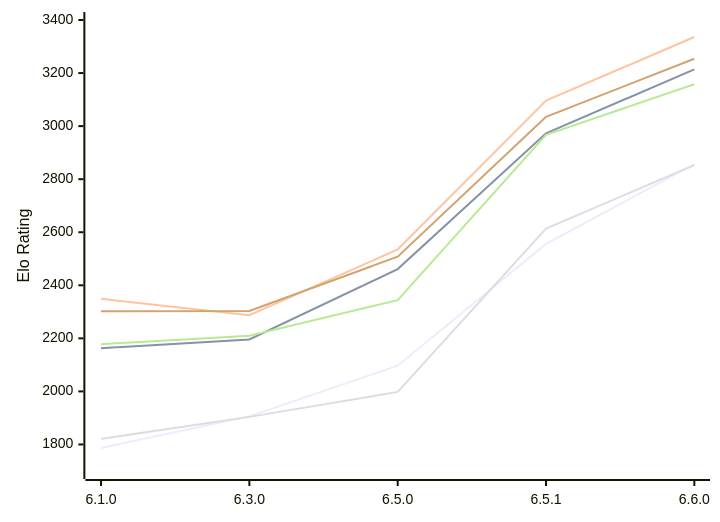
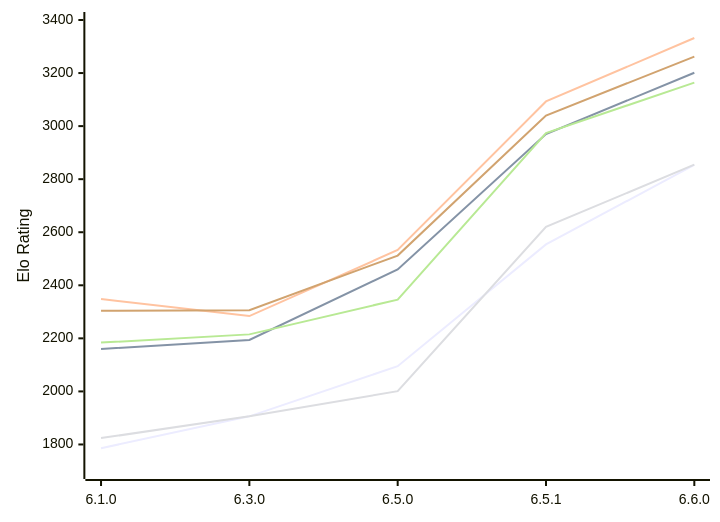
One commit to computer-chess-index/cci changed the diagram in engines/Luminex.md. Above: the diagram before and after it, drawn with Mermaid. The commit also changed other lines of this file, not shown here.

Commit message:
Update CCI Ratings (ELO VLTC) - 2026-11-23

````diff
--- a/engines/Luminex.md
+++ b/engines/Luminex.md
@@ -55,12 +55,12 @@
 ```mermaid
 %%{init: {"theme":"base","themeVariables":{"seriesColors:['#a3a3a3','#222221','#faa371']}}}%%
 xychart-beta
   x-axis ["6.1.0", "6.3.0", "6.5.0", "6.5.1", "6.6.0"]
   y-axis "Elo Rating" 1700 --> 3400
-  line "E1: STC (8.0+0.08s)" [1787, 1906, 2097, 2556, 2857]
-  line "E1: LTC (60.0+0.60s)" [2163, 2196, 2461, 2973, 3214]
-  line "E1: VLTC (2m24s+1.12s)" [2349, 2287, 2535, 3096, 3336]
-  line "P1: STC (8.0+0.08s)" [1821, 1904, 1998, 2614, 2853]
-  line "P1: LTC (60.0+0.60s)" [2178, 2210, 2344, 2967, 3158]
-  line "P1: VLTC (2m24s+1.12s)" [2302, 2303, 2508, 3035, 3254]
+  line "E1: STC (8.0+0.08s)" [1786, 1906, 2095, 2554, 2854]
+  line "E1: LTC (60.0+0.60s)" [2160, 2194, 2460, 2970, 3201]
+  line "E1: VLTC (2m24s+1.12s)" [2348, 2284, 2533, 3093, 3332]
+  line "P1: STC (8.0+0.08s)" [1824, 1906, 2001, 2620, 2855]
+  line "P1: LTC (60.0+0.60s)" [2184, 2215, 2346, 2974, 3164]
+  line "P1: VLTC (2m24s+1.12s)" [2304, 2306, 2512, 3040, 3262]
 ```
````
